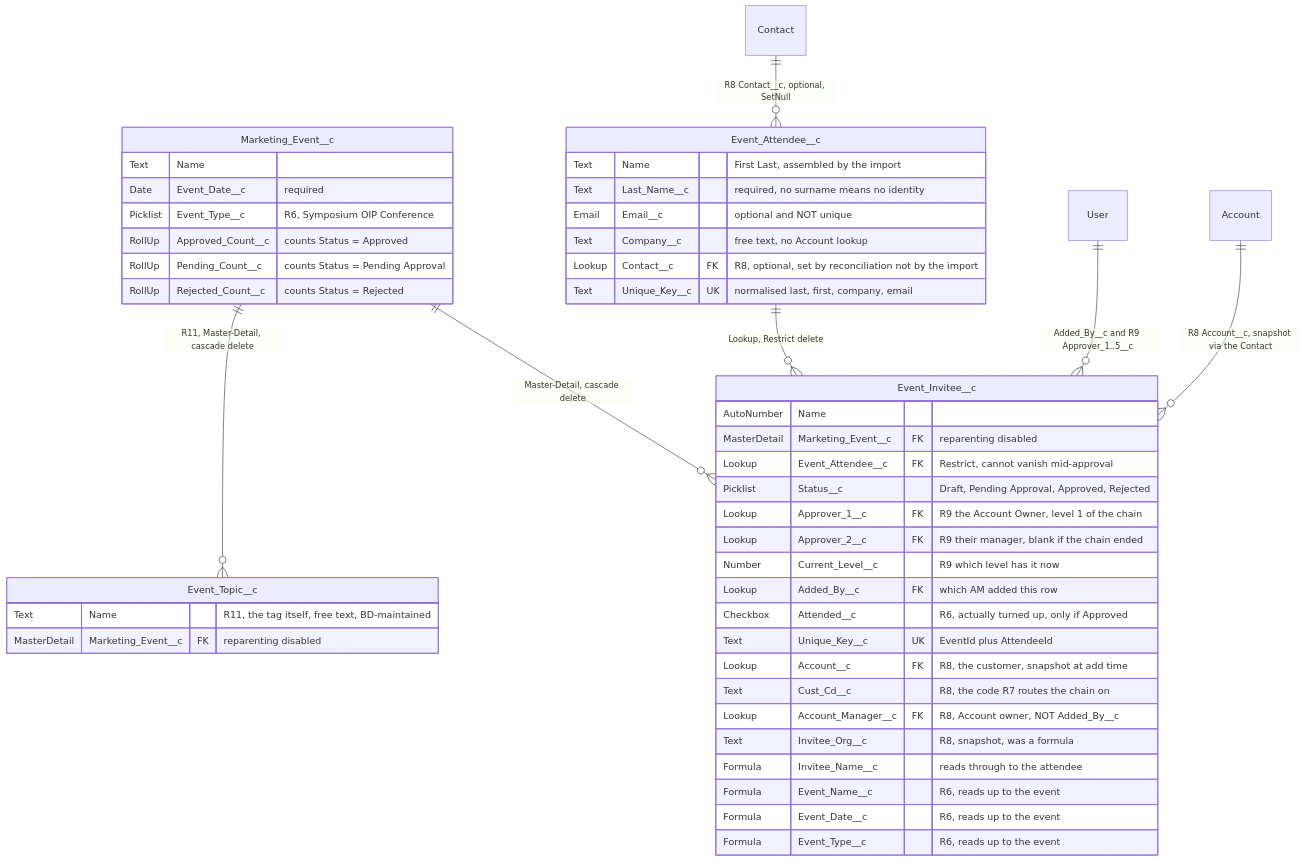
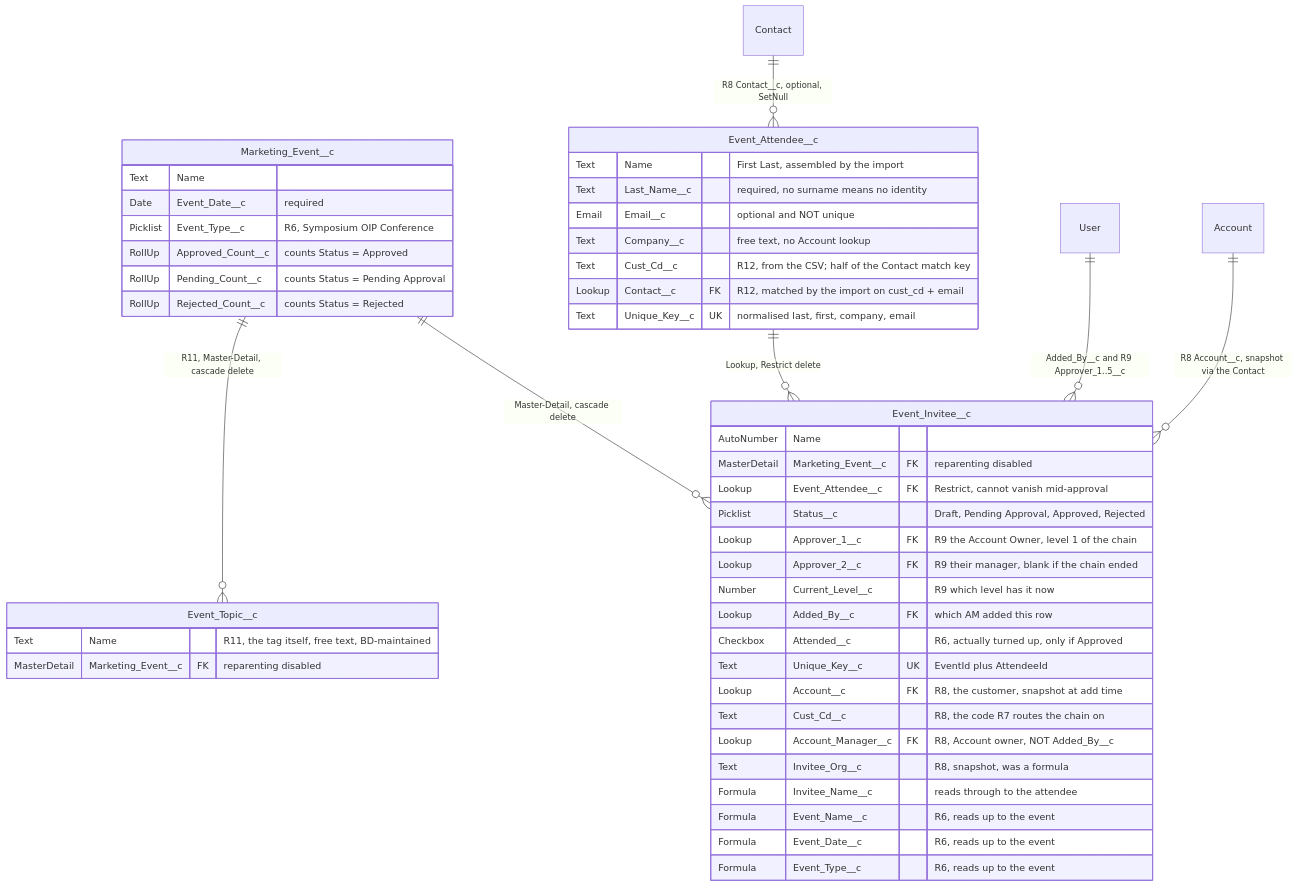
The diagram in design.md (avence12/salesforce_event_mgmt), drawn with Mermaid before and after one commit. The commit also changed other lines of this file and 26 other files, not shown here.

First line of the commit message:
Match Contacts at import time, and thaw invitee snapshots until decided (R12)

````diff
--- a/design.md
+++ b/design.md
@@ -601,53 +744,54 @@
 ```mermaid
 erDiagram
     Marketing_Event__c ||--o{ Event_Invitee__c : "Master-Detail, cascade delete"
     Marketing_Event__c ||--o{ Event_Topic__c : "R11, Master-Detail, cascade delete"
     Event_Attendee__c  ||--o{ Event_Invitee__c : "Lookup, Restrict delete"
     User               ||--o{ Event_Invitee__c : "Added_By__c and R9 Approver_1..5__c"
     Contact            ||--o{ Event_Attendee__c : "R8 Contact__c, optional, SetNull"
     Account            ||--o{ Event_Invitee__c : "R8 Account__c, snapshot via the Contact"
 
     Marketing_Event__c {
         Text        Name
         Date        Event_Date__c "required"
         Picklist    Event_Type__c "R6, Symposium OIP Conference"
         RollUp      Approved_Count__c "counts Status = Approved"
         RollUp      Pending_Count__c "counts Status = Pending Approval"
         RollUp      Rejected_Count__c "counts Status = Rejected"
     }
 
     Event_Topic__c {
         Text         Name "R11, the tag itself, free text, BD-maintained"
         MasterDetail Marketing_Event__c FK "reparenting disabled"
     }
 
     Event_Attendee__c {
         Text  Name "First Last, assembled by the import"
         Text  Last_Name__c "required, no surname means no identity"
         Email Email__c "optional and NOT unique"
         Text  Company__c "free text, no Account lookup"
-        Lookup Contact__c FK "R8, optional, set by reconciliation not by the import"
+        Text  Cust_Cd__c "R12, from the CSV; half of the Contact match key"
+        Lookup Contact__c FK "R12, matched by the import on cust_cd + email"
         Text  Unique_Key__c UK "normalised last, first, company, email"
     }
 
     Event_Invitee__c {
         AutoNumber   Name
         MasterDetail Marketing_Event__c FK "reparenting disabled"
         Lookup       Event_Attendee__c FK "Restrict, cannot vanish mid-approval"
         Picklist     Status__c "Draft, Pending Approval, Approved, Rejected"
         Lookup       Approver_1__c FK "R9 the Account Owner, level 1 of the chain"
         Lookup       Approver_2__c FK "R9 their manager, blank if the chain ended"
         Number       Current_Level__c "R9 which level has it now"
         Lookup       Added_By__c FK "which AM added this row"
         Checkbox     Attended__c "R6, actually turned up, only if Approved"
         Text         Unique_Key__c UK "EventId plus AttendeeId"
         Lookup       Account__c FK "R8, the customer, snapshot at add time"
         Text         Cust_Cd__c "R8, the code R7 routes the chain on"
         Lookup       Account_Manager__c FK "R8, Account owner, NOT Added_By__c"
         Text         Invitee_Org__c "R8, snapshot, was a formula"
         Formula      Invitee_Name__c "reads through to the attendee"
         Formula      Event_Name__c "R6, reads up to the event"
         Formula      Event_Date__c "R6, reads up to the event"
         Formula      Event_Type__c "R6, reads up to the event"
     }
 ```
````
